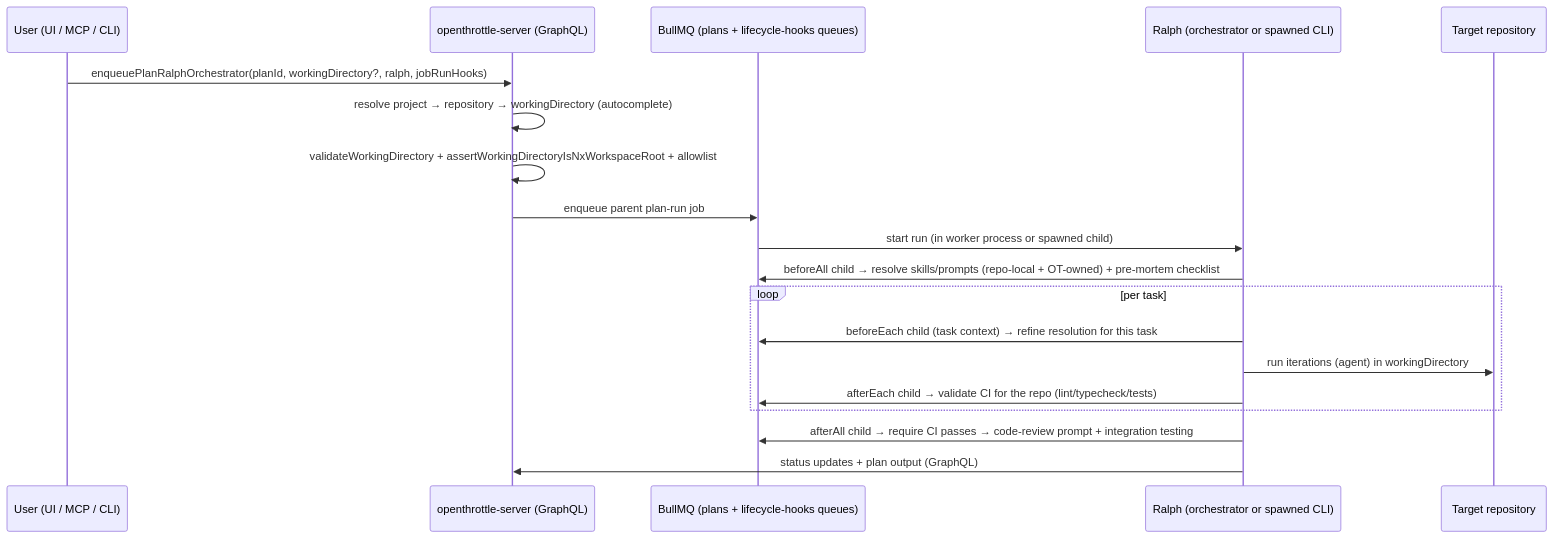
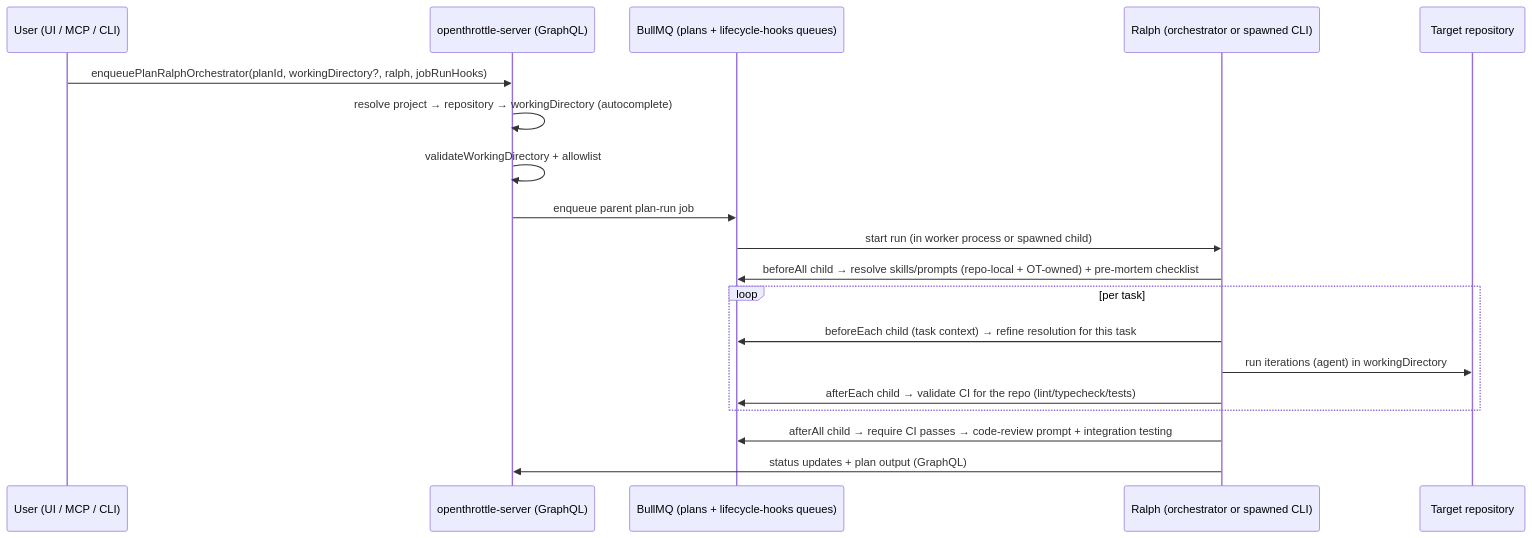
Before and after one commit to OpenThrottle/monorepo: the second of 3 diagrams in docs/workflows/multi-project-cross-org-abstraction.md, drawn with Mermaid. The commit also changed other lines of this file and 50 other files, not shown here.

````diff
--- a/docs/workflows/multi-project-cross-org-abstraction.md
+++ b/docs/workflows/multi-project-cross-org-abstraction.md
@@ -107,22 +107,22 @@
 ```mermaid
 sequenceDiagram
   participant U as User (UI / MCP / CLI)
   participant S as openthrottle-server (GraphQL)
   participant Q as BullMQ (plans + lifecycle-hooks queues)
   participant R as Ralph (orchestrator or spawned CLI)
   participant Repo as Target repository
 
   U->>S: enqueuePlanRalphOrchestrator(planId, workingDirectory?, ralph, jobRunHooks)
   S->>S: resolve project → repository → workingDirectory (autocomplete)
-  S->>S: validateWorkingDirectory + assertWorkingDirectoryIsNxWorkspaceRoot + allowlist
+  S->>S: validateWorkingDirectory + allowlist
   S->>Q: enqueue parent plan-run job
   Q->>R: start run (in worker process or spawned child)
   R->>Q: beforeAll child → resolve skills/prompts (repo-local + OT-owned) + pre-mortem checklist
   loop per task
     R->>Q: beforeEach child (task context) → refine resolution for this task
     R->>Repo: run iterations (agent) in workingDirectory
     R->>Q: afterEach child → validate CI for the repo (lint/typecheck/tests)
   end
   R->>Q: afterAll child → require CI passes → code-review prompt + integration testing
   R->>S: status updates + plan output (GraphQL)
 ```
````
